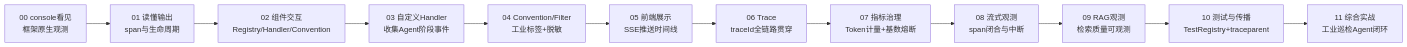
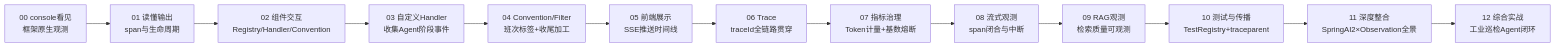
One commit to UranusGit/java-agent-learn changed the second of 2 diagrams in docs/附录/18-Observation/00-最小闭环：Agent各阶段输出打印到控制台.md. Above: the diagram before and after it, drawn with Mermaid. The commit also changed other lines of this file and 10 other files, not shown here.

````diff
--- a/docs/附录/18-Observation/00-最小闭环：Agent各阶段输出打印到控制台.md
+++ b/docs/附录/18-Observation/00-最小闭环：Agent各阶段输出打印到控制台.md
@@ -43,14 +43,15 @@
 ```mermaid
 graph LR
     A["00 console看见<br/>框架原生观测"] --> B["01 读懂输出<br/>span与生命周期"]
     B --> C["02 组件交互<br/>Registry/Handler/Convention"]
     C --> D["03 自定义Handler<br/>收集Agent阶段事件"]
-    D --> E["04 Convention/Filter<br/>工业标签+脱敏"]
+    D --> E["04 Convention/Filter<br/>班次标签+收尾加工"]
     E --> F["05 前端展示<br/>SSE推送时间线"]
     F --> G["06 Trace<br/>traceId全链路贯穿"]
     G --> H["07 指标治理<br/>Token计量+基数熔断"]
     H --> I["08 流式观测<br/>span闭合与中断"]
     I --> J["09 RAG观测<br/>检索质量可观测"]
     J --> K["10 测试与传播<br/>TestRegistry+traceparent"]
-    K --> L["11 综合实战<br/>工业巡检Agent闭环"]
+    K --> L["11 深度整合<br/>SpringAI2×Observation全景"]
+    L --> M["12 综合实战<br/>工业巡检Agent闭环"]
 ```
````
